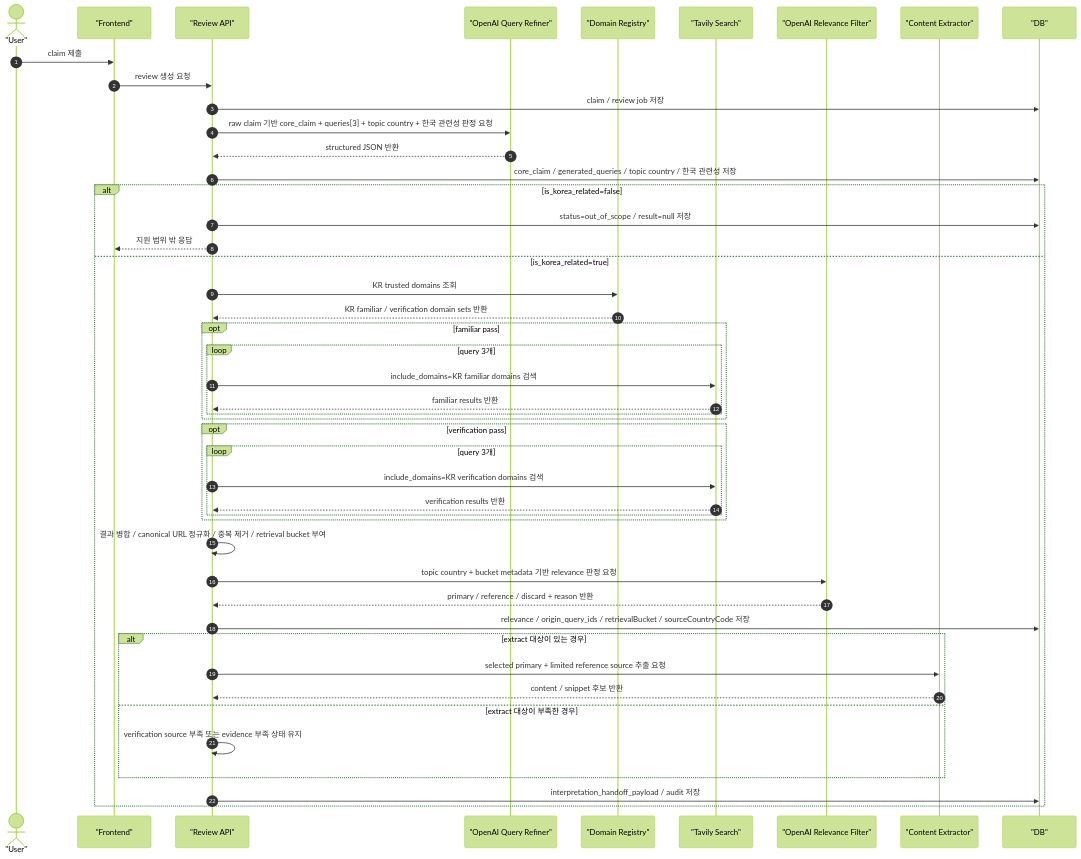
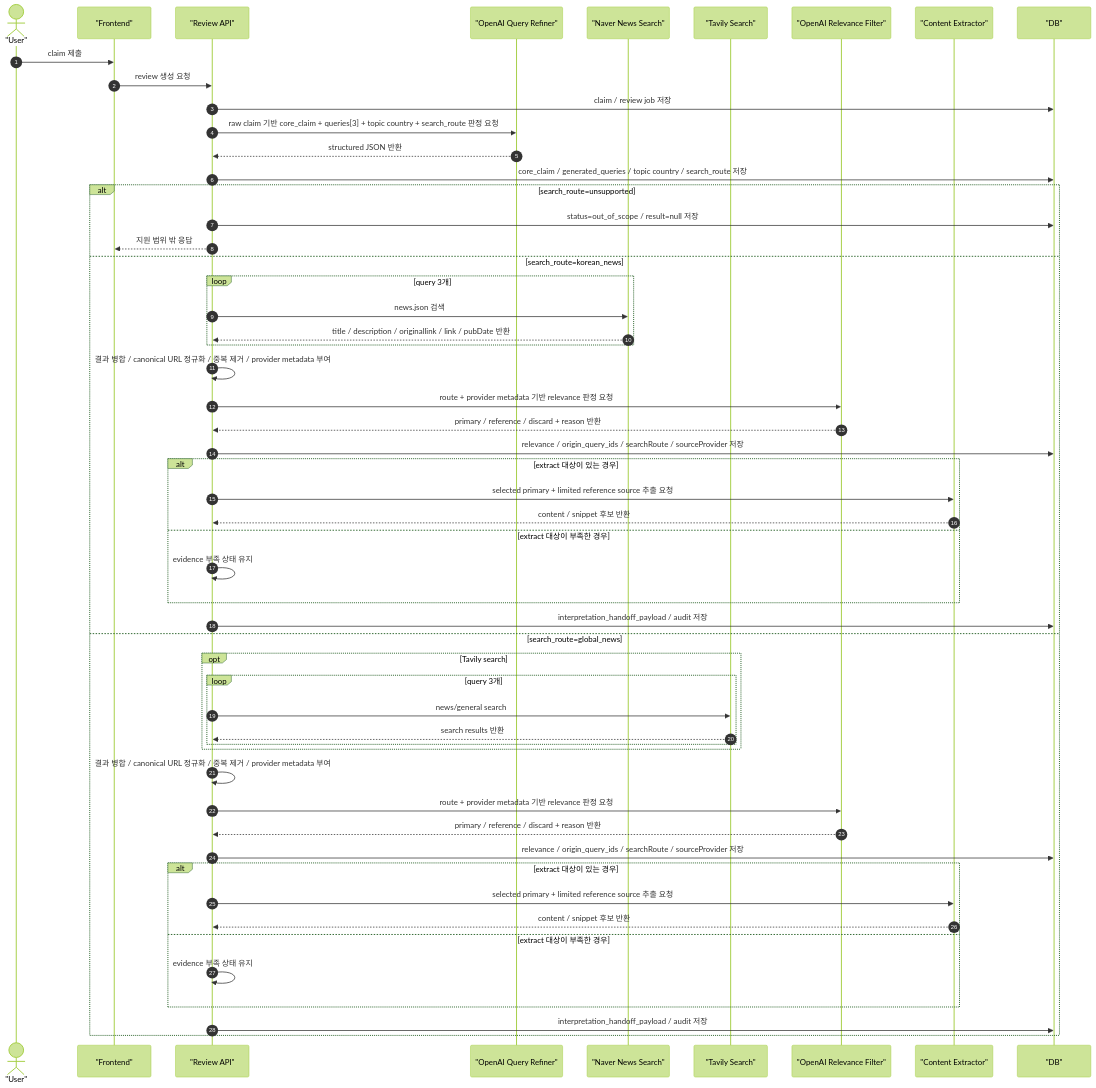
One commit to dyjeong576/varo changed the first of 2 diagrams in docs/review-query-processing.md. Above: the diagram before and after it, drawn with Mermaid (forest theme). The commit also changed other lines of this file and 30 other files, not shown here.

First line of the commit message:
feat: Implement Naver News Search API integration and provider routing

````diff
--- a/docs/review-query-processing.md
+++ b/docs/review-query-processing.md
@@ -122,57 +126,64 @@
 ```mermaid
 sequenceDiagram
     autonumber
     actor User as "User"
     participant Frontend as "Frontend"
     participant ReviewAPI as "Review API"
     participant QueryRefiner as "OpenAI Query Refiner"
-    participant DomainRegistry as "Domain Registry"
+    participant Naver as "Naver News Search"
     participant Tavily as "Tavily Search"
     participant RelevanceFilter as "OpenAI Relevance Filter"
     participant Extractor as "Content Extractor"
     participant DB as "DB"
 
     User->>Frontend: claim 제출
     Frontend->>ReviewAPI: review 생성 요청
     ReviewAPI->>DB: claim / review job 저장
-    ReviewAPI->>QueryRefiner: raw claim 기반 core_claim + queries[3] + topic country + 한국 관련성 판정 요청
+    ReviewAPI->>QueryRefiner: raw claim 기반 core_claim + queries[3] + topic country + search_route 판정 요청
     QueryRefiner-->>ReviewAPI: structured JSON 반환
-    ReviewAPI->>DB: core_claim / generated_queries / topic country / 한국 관련성 저장
+    ReviewAPI->>DB: core_claim / generated_queries / topic country / search_route 저장
 
-    alt is_korea_related=false
+    alt search_route=unsupported
         ReviewAPI->>DB: status=out_of_scope / result=null 저장
         ReviewAPI-->>Frontend: 지원 범위 밖 응답
-    else is_korea_related=true
-        ReviewAPI->>DomainRegistry: KR trusted domains 조회
-        DomainRegistry-->>ReviewAPI: KR familiar / verification domain sets 반환
-
-        opt familiar pass
-            loop query 3개
-                ReviewAPI->>Tavily: include_domains=KR familiar domains 검색
-                Tavily-->>ReviewAPI: familiar results 반환
-            end
+    else search_route=korean_news
+        loop query 3개
+            ReviewAPI->>Naver: news.json 검색
+            Naver-->>ReviewAPI: title / description / originallink / link / pubDate 반환
         end
-
-        opt verification pass
-            loop query 3개
-                ReviewAPI->>Tavily: include_domains=KR verification domains 검색
-                Tavily-->>ReviewAPI: verification results 반환
-            end
-        end
-
-        ReviewAPI->>ReviewAPI: 결과 병합 / canonical URL 정규화 / 중복 제거 / retrieval bucket 부여
-        ReviewAPI->>RelevanceFilter: topic country + bucket metadata 기반 relevance 판정 요청
+        ReviewAPI->>ReviewAPI: 결과 병합 / canonical URL 정규화 / 중복 제거 / provider metadata 부여
+        ReviewAPI->>RelevanceFilter: route + provider metadata 기반 relevance 판정 요청
         RelevanceFilter-->>ReviewAPI: primary / reference / discard + reason 반환
-
-        ReviewAPI->>DB: relevance / origin_query_ids / retrievalBucket / sourceCountryCode 저장
+        ReviewAPI->>DB: relevance / origin_query_ids / searchRoute / sourceProvider 저장
 
         alt extract 대상이 있는 경우
             ReviewAPI->>Extractor: selected primary + limited reference source 추출 요청
             Extractor-->>ReviewAPI: content / snippet 후보 반환
         else extract 대상이 부족한 경우
-            ReviewAPI->>ReviewAPI: verification source 부족 또는 evidence 부족 상태 유지
+            ReviewAPI->>ReviewAPI: evidence 부족 상태 유지
+        end
+
+        ReviewAPI->>DB: interpretation_handoff_payload / audit 저장
+    else search_route=global_news
+        opt Tavily search
+            loop query 3개
+                ReviewAPI->>Tavily: news/general search
+                Tavily-->>ReviewAPI: search results 반환
+            end
+        end
+
+        ReviewAPI->>ReviewAPI: 결과 병합 / canonical URL 정규화 / 중복 제거 / provider metadata 부여
+        ReviewAPI->>RelevanceFilter: route + provider metadata 기반 relevance 판정 요청
+        RelevanceFilter-->>ReviewAPI: primary / reference / discard + reason 반환
+        ReviewAPI->>DB: relevance / origin_query_ids / searchRoute / sourceProvider 저장
+
+        alt extract 대상이 있는 경우
+            ReviewAPI->>Extractor: selected primary + limited reference source 추출 요청
+            Extractor-->>ReviewAPI: content / snippet 후보 반환
+        else extract 대상이 부족한 경우
+            ReviewAPI->>ReviewAPI: evidence 부족 상태 유지
         end
 
         ReviewAPI->>DB: interpretation_handoff_payload / audit 저장
     end
 ```
````
